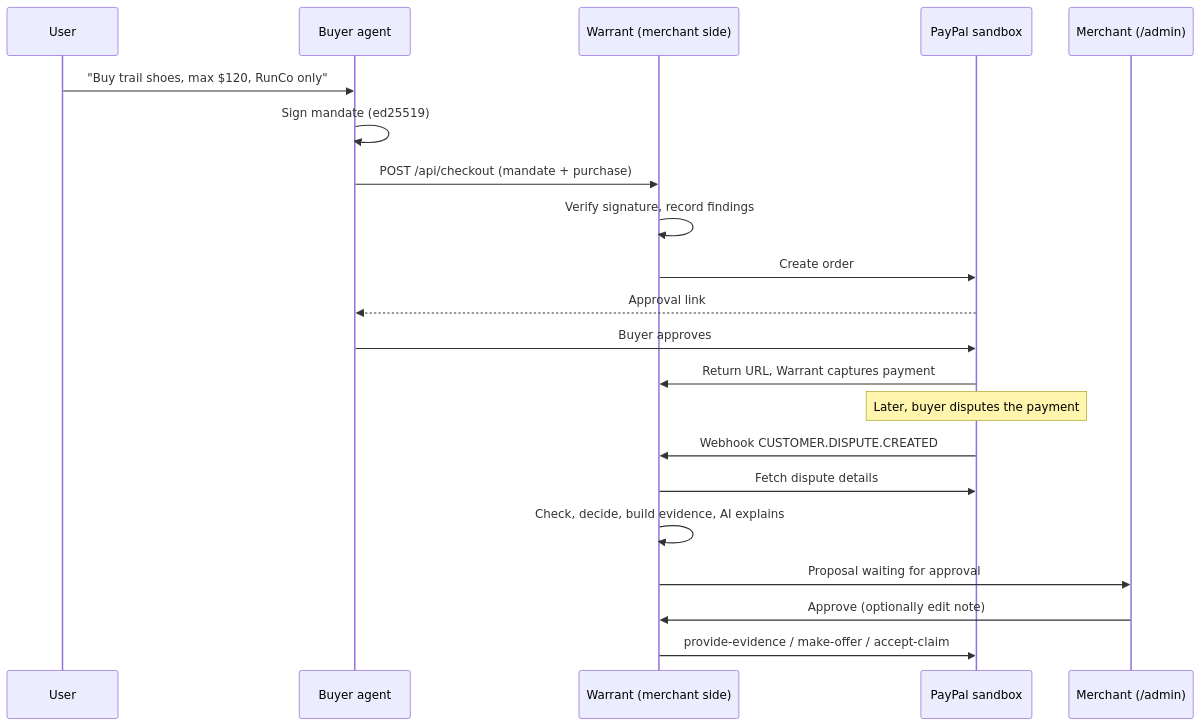
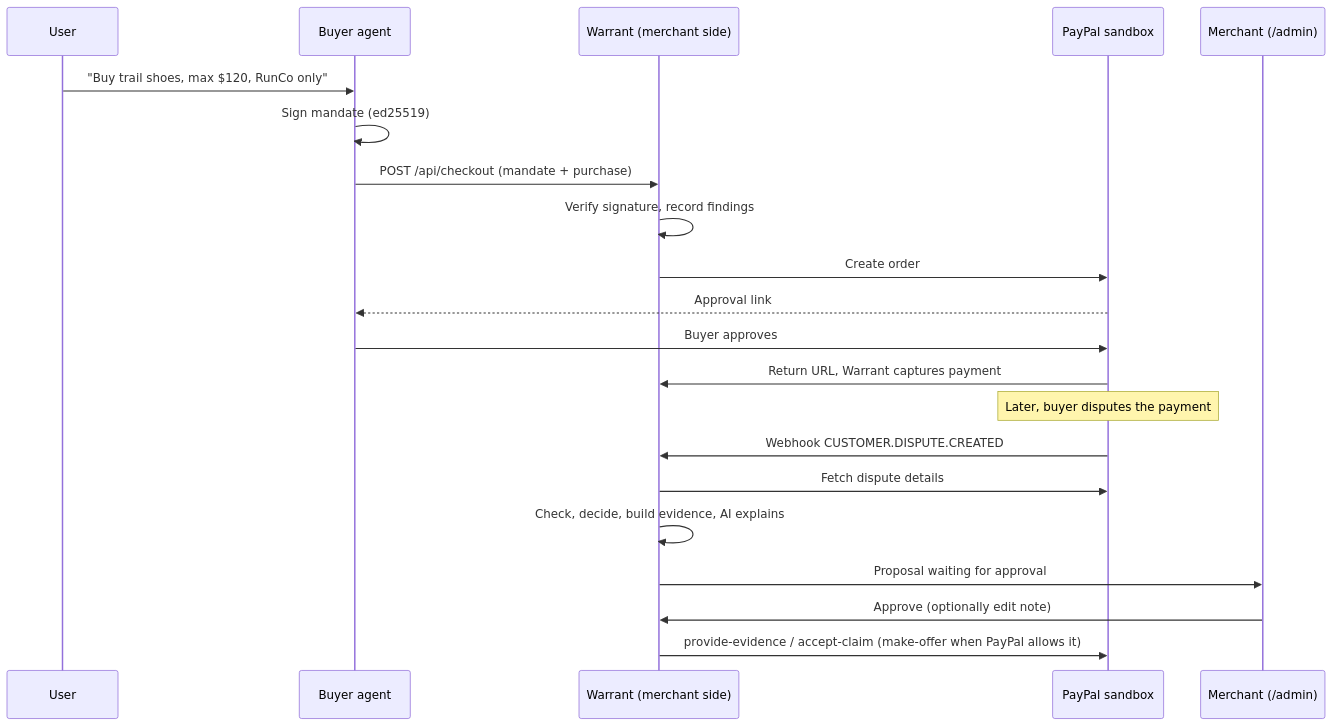
Before and after one commit to electrum21/paypal-warrant: the diagram in docs/01-project-overview.md, drawn with Mermaid. The commit also changed other lines of this file and 51 other files, not shown here.

````diff
--- a/docs/01-project-overview.md
+++ b/docs/01-project-overview.md
@@ -23,23 +23,23 @@
 ```mermaid
 sequenceDiagram
     participant U as User
     participant A as Buyer agent
     participant W as Warrant (merchant side)
     participant P as PayPal sandbox
     participant M as Merchant (/admin)
     U->>A: "Buy trail shoes, max $120, RunCo only"
     A->>A: Sign mandate (ed25519)
     A->>W: POST /api/checkout (mandate + purchase)
     W->>W: Verify signature, record findings
     W->>P: Create order
     P-->>A: Approval link
     A->>P: Buyer approves
     P->>W: Return URL, Warrant captures payment
     Note over P: Later, buyer disputes the payment
     P->>W: Webhook CUSTOMER.DISPUTE.CREATED
     W->>P: Fetch dispute details
     W->>W: Check, decide, build evidence, AI explains
     W->>M: Proposal waiting for approval
     M->>W: Approve (optionally edit note)
-    W->>P: provide-evidence / make-offer / accept-claim
+    W->>P: provide-evidence / accept-claim (make-offer when PayPal allows it)
 ```
````
